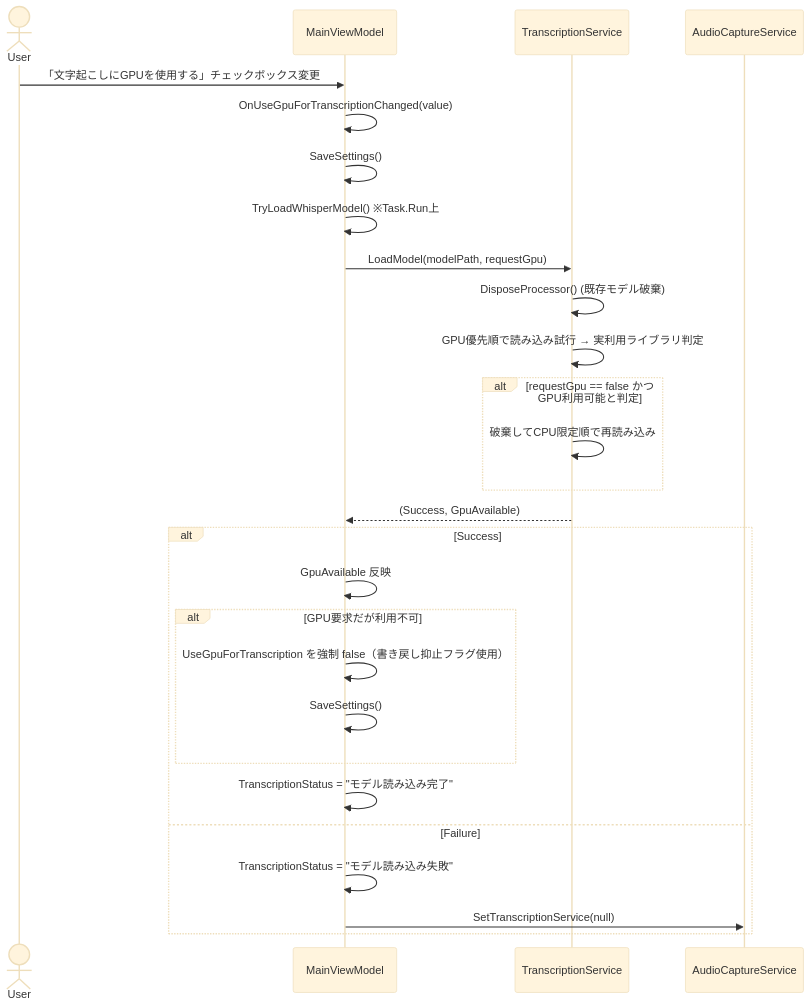
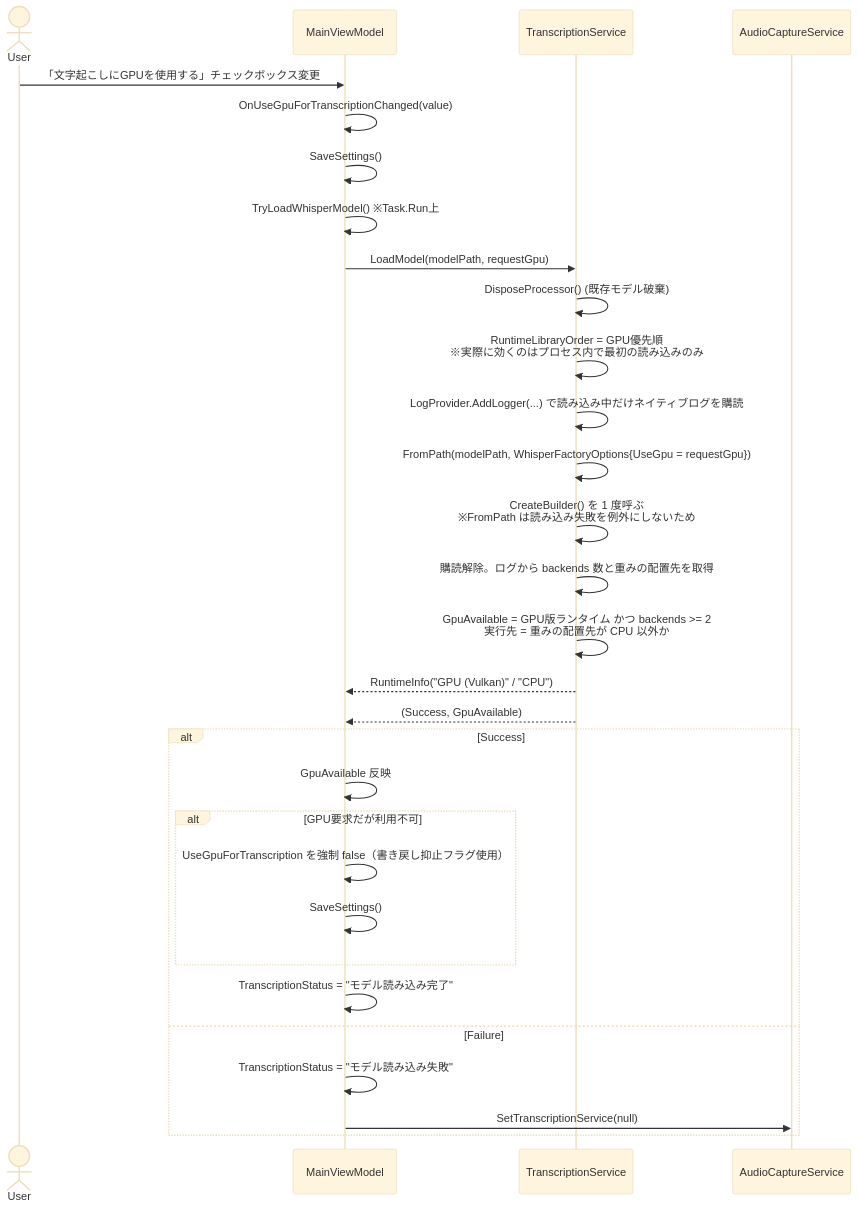
One commit to otomac/audio-capture-app changed the seventh of 7 diagrams in docs/spec/04_sequence_diagram.md. Above: the diagram before and after it, drawn with Mermaid (base theme). The commit also changed 7 other files, not shown here.

````diff
--- a/docs/spec/04_sequence_diagram.md
+++ b/docs/spec/04_sequence_diagram.md
@@ -223,32 +223,35 @@
 ```mermaid
 sequenceDiagram
     actor User
     participant VM as MainViewModel
     participant TS as TranscriptionService
     participant ACS as AudioCaptureService
 
     User->>VM: 「文字起こしにGPUを使用する」チェックボックス変更
     VM->>VM: OnUseGpuForTranscriptionChanged(value)
     VM->>VM: SaveSettings()
     VM->>VM: TryLoadWhisperModel() ※Task.Run上
 
     VM->>TS: LoadModel(modelPath, requestGpu)
     TS->>TS: DisposeProcessor() (既存モデル破棄)
-    TS->>TS: GPU優先順で読み込み試行 → 実利用ライブラリ判定
-    alt requestGpu == false かつ GPU利用可能と判定
-        TS->>TS: 破棄してCPU限定順で再読み込み
-    end
+    TS->>TS: RuntimeLibraryOrder = GPU優先順<br/>※実際に効くのはプロセス内で最初の読み込みのみ
+    TS->>TS: LogProvider.AddLogger(...) で読み込み中だけネイティブログを購読
+    TS->>TS: FromPath(modelPath, WhisperFactoryOptions{UseGpu = requestGpu})
+    TS->>TS: CreateBuilder() を 1 度呼ぶ<br/>※FromPath は読み込み失敗を例外にしないため
+    TS->>TS: 購読解除。ログから backends 数と重みの配置先を取得
+    TS->>TS: GpuAvailable = GPU版ランタイム かつ backends >= 2<br/>実行先 = 重みの配置先が CPU 以外か
+    TS-->>VM: RuntimeInfo("GPU (Vulkan)" / "CPU")
     TS-->>VM: (Success, GpuAvailable)
 
     alt Success
         VM->>VM: GpuAvailable 反映
         alt GPU要求だが利用不可
             VM->>VM: UseGpuForTranscription を強制 false（書き戻し抑止フラグ使用）
             VM->>VM: SaveSettings()
         end
         VM->>VM: TranscriptionStatus = "モデル読み込み完了"
     else Failure
         VM->>VM: TranscriptionStatus = "モデル読み込み失敗"
         VM->>ACS: SetTranscriptionService(null)
     end
 ```
````
